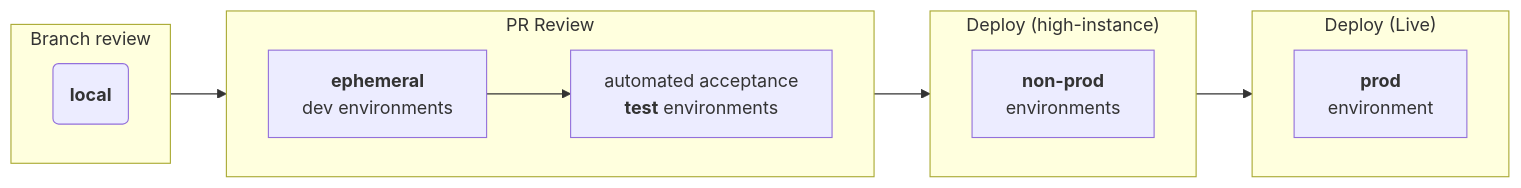
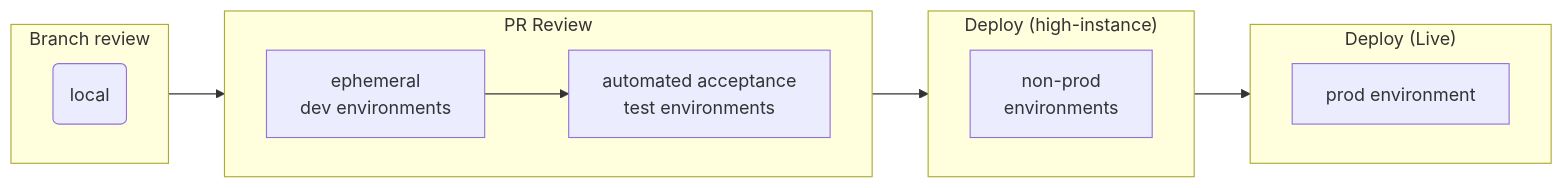
The eighth of 8 diagrams in docs/developer-guides/CICD_pipeline.md (nhs-england-tools/repository-template), drawn with Mermaid before and after one commit. The commit also changed 1 other file, not shown here.

Commit message:
Start shaping the ADR document

````diff
--- a/docs/developer-guides/CICD_pipeline.md
+++ b/docs/developer-guides/CICD_pipeline.md
@@ -240,28 +240,24 @@
 ```mermaid
 flowchart LR
     subgraph branch_review["Branch review"]
         direction LR
-        bA("`**local**`")
+        bA("local")
     end
     subgraph pr_review["PR Review"]
         direction LR
-        prA["`**ephemeral**
-        dev environments`"]
-        prB["`automated acceptance
-        **test** environments`"]
+        prA["ephemeral<br>dev environments"]
+        prB["automated acceptance<br>test environments"]
         prA --> prB
     end
     subgraph deploy1["Deploy (high-instance)"]
         direction LR
-        d1A["`**non-prod**
-        environments`"]
+        d1A["non-prod<br>environments"]
     end
     subgraph deploy2["Deploy (Live)"]
         direction LR
-        d2A["`**prod**
-        environment`"]
+        d2A["prod environment"]
     end
     branch_review --> pr_review
     pr_review --> deploy1
     deploy1 --> deploy2
 ```
````
